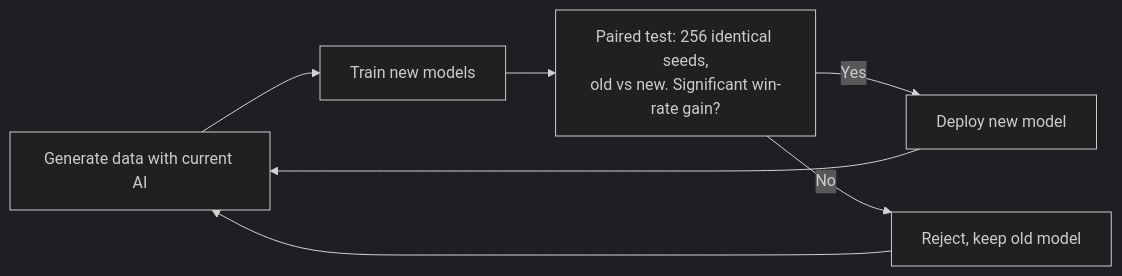
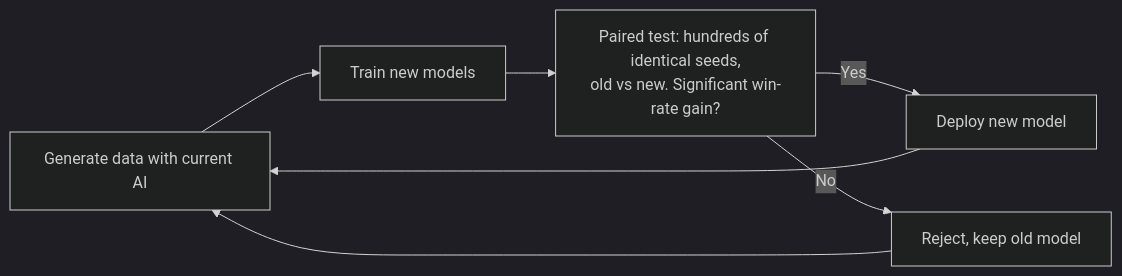
Before and after one commit to pherrman1/sts_ai: the third of 3 diagrams in wiki/how-models-learn.md, drawn with Mermaid (dark theme). The commit also changed other lines of this file and 5 other files, not shown here.

````diff
--- a/wiki/how-models-learn.md
+++ b/wiki/how-models-learn.md
@@ -106,9 +104,9 @@
 ```mermaid
 flowchart LR
     Gen["Generate data with current AI"] --> Train["Train new models"]
-    Train --> Gate["Paired test: 256 identical seeds,<br/>old vs new. Significant win-rate gain?"]
+    Train --> Gate["Paired test: hundreds of identical seeds,<br/>old vs new. Significant win-rate gain?"]
     Gate -->|"Yes"| Deploy2["Deploy new model"]
     Gate -->|"No"| Keep["Reject, keep old model"]
     Deploy2 --> Gen
     Keep --> Gen
 ```
````
